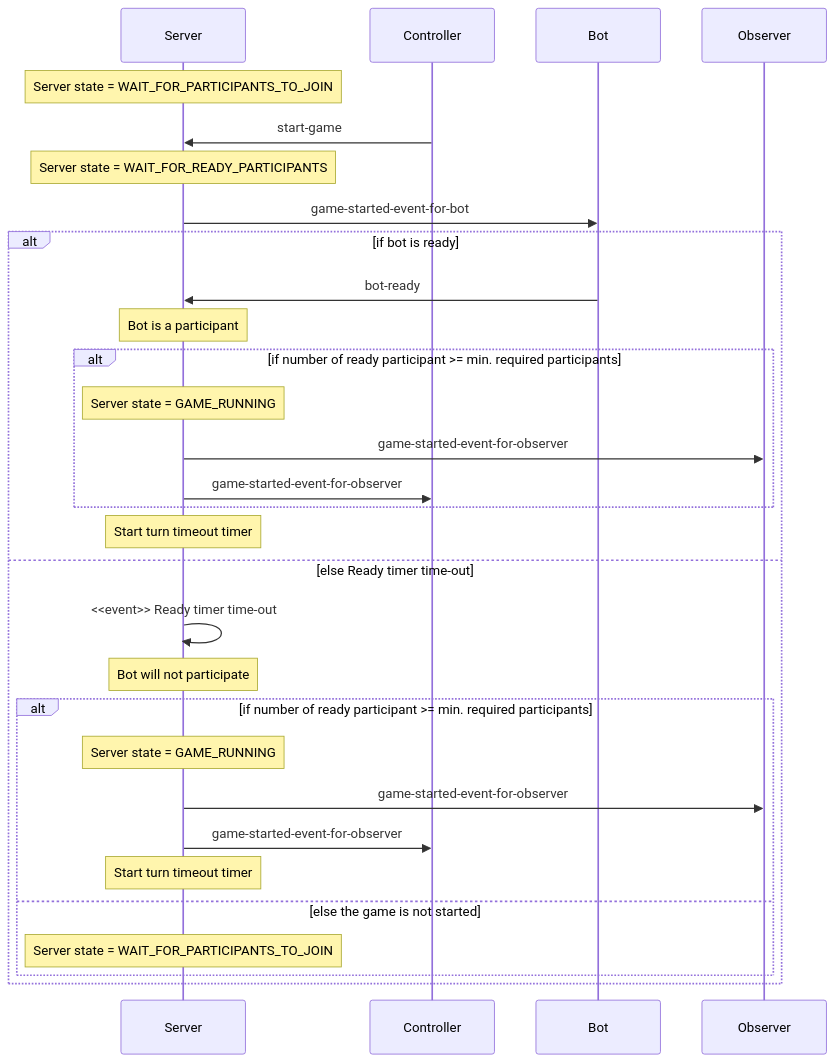
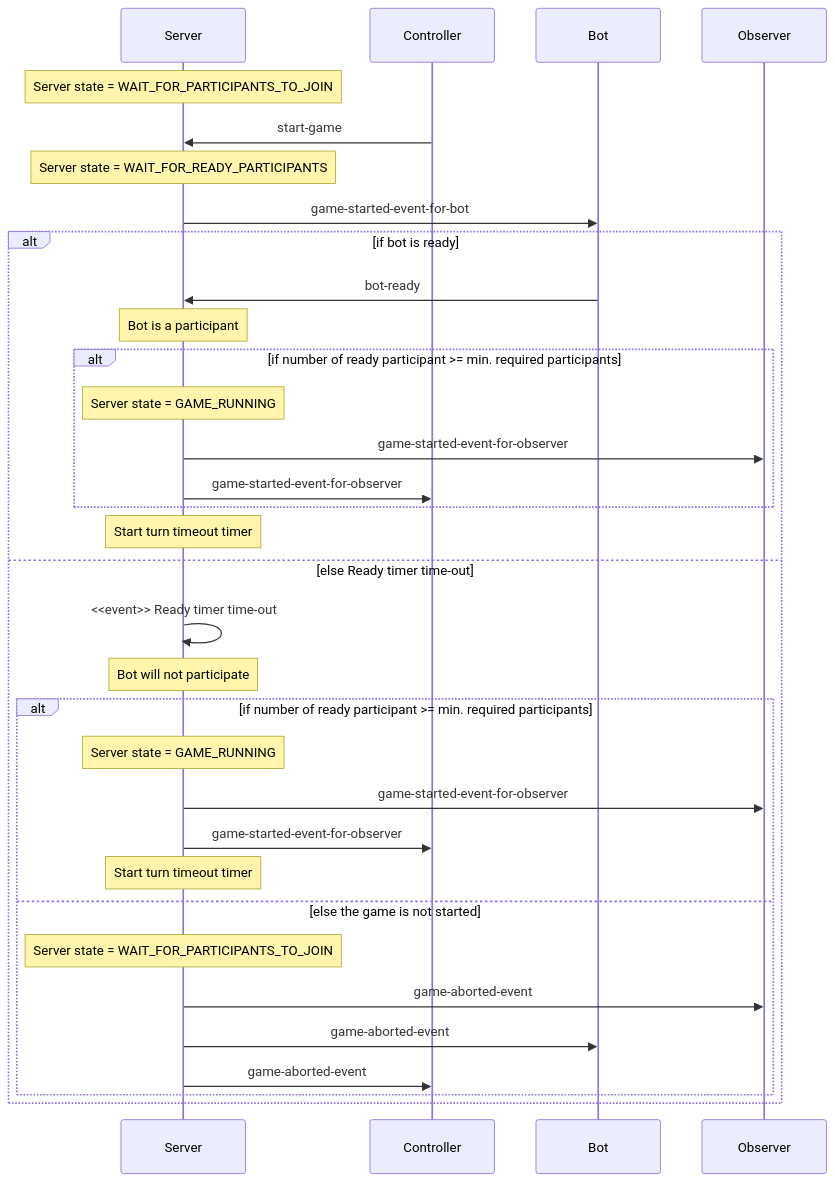
The fifth of 13 diagrams in schema/schemas/README.md (robocode-dev/tank-royale), drawn with Mermaid before and after one commit. The commit also changed 1 other file, not shown here.

Commit message:
Revert behaviour when starting a game on timeout
The bots that have not confirmed that they are ready in time should not
participate.

````diff
--- a/schema/schemas/README.md
+++ b/schema/schemas/README.md
@@ -122,28 +122,31 @@
 ```mermaid
 sequenceDiagram
     Note over Server: Server state = WAIT_FOR_PARTICIPANTS_TO_JOIN
     Controller->>Server: start-game
     Note over Server: Server state = WAIT_FOR_READY_PARTICIPANTS
     Server->>Bot: game-started-event-for-bot
     alt if bot is ready
         Bot->>Server: bot-ready
         Note over Server: Bot is a participant
         alt if number of ready participant >= min. required participants
             Note over Server: Server state = GAME_RUNNING
             Server->>Observer: game-started-event-for-observer
             Server->>Controller: game-started-event-for-observer
         end
         Note over Server: Start turn timeout timer
     else else Ready timer time-out
         Server->>Server: <<event>> Ready timer time-out
         Note over Server: Bot will not participate
         alt if number of ready participant >= min. required participants
             Note over Server: Server state = GAME_RUNNING
             Server->>Observer: game-started-event-for-observer
             Server->>Controller: game-started-event-for-observer
             Note over Server: Start turn timeout timer
         else else the game is not started
-            Note over Server: Server state = WAIT_FOR_PARTICIPANTS_TO_JOIN            
+            Note over Server: Server state = WAIT_FOR_PARTICIPANTS_TO_JOIN
+            Server->>Observer: game-aborted-event
+            Server->>Bot: game-aborted-event
+            Server->>Controller: game-aborted-event
         end
     end
 ```
````
